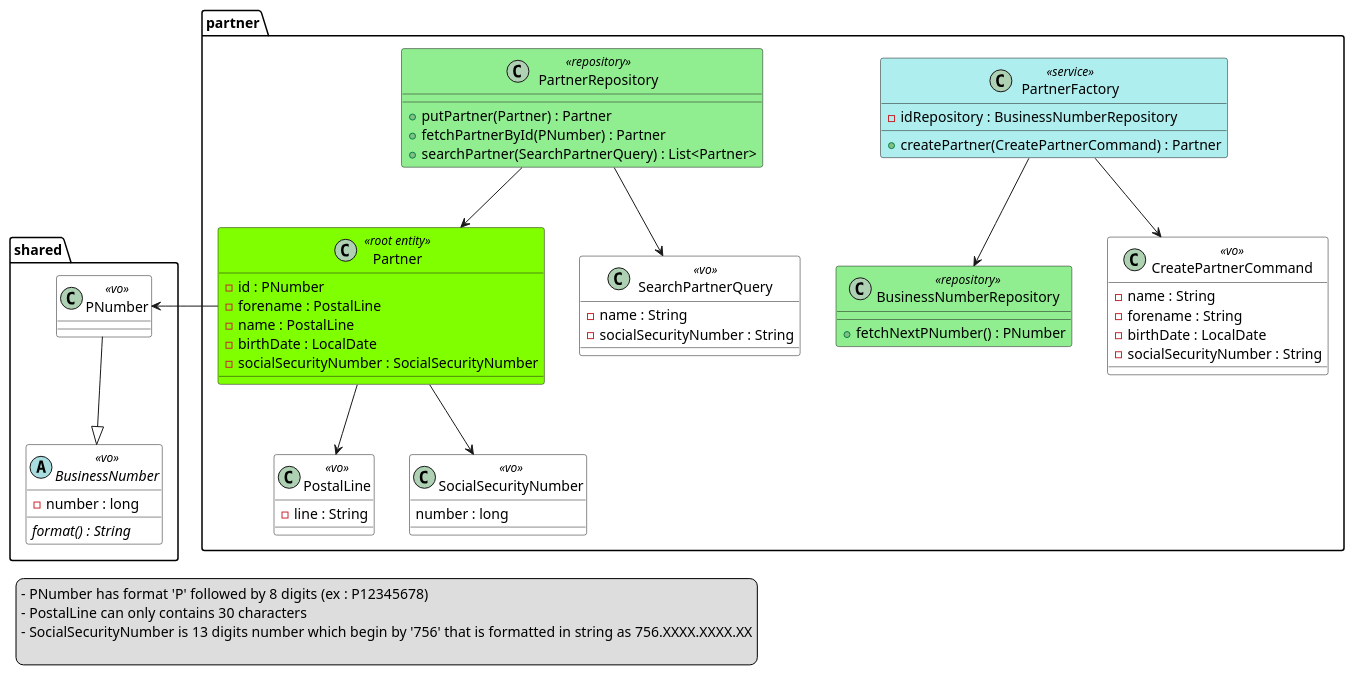
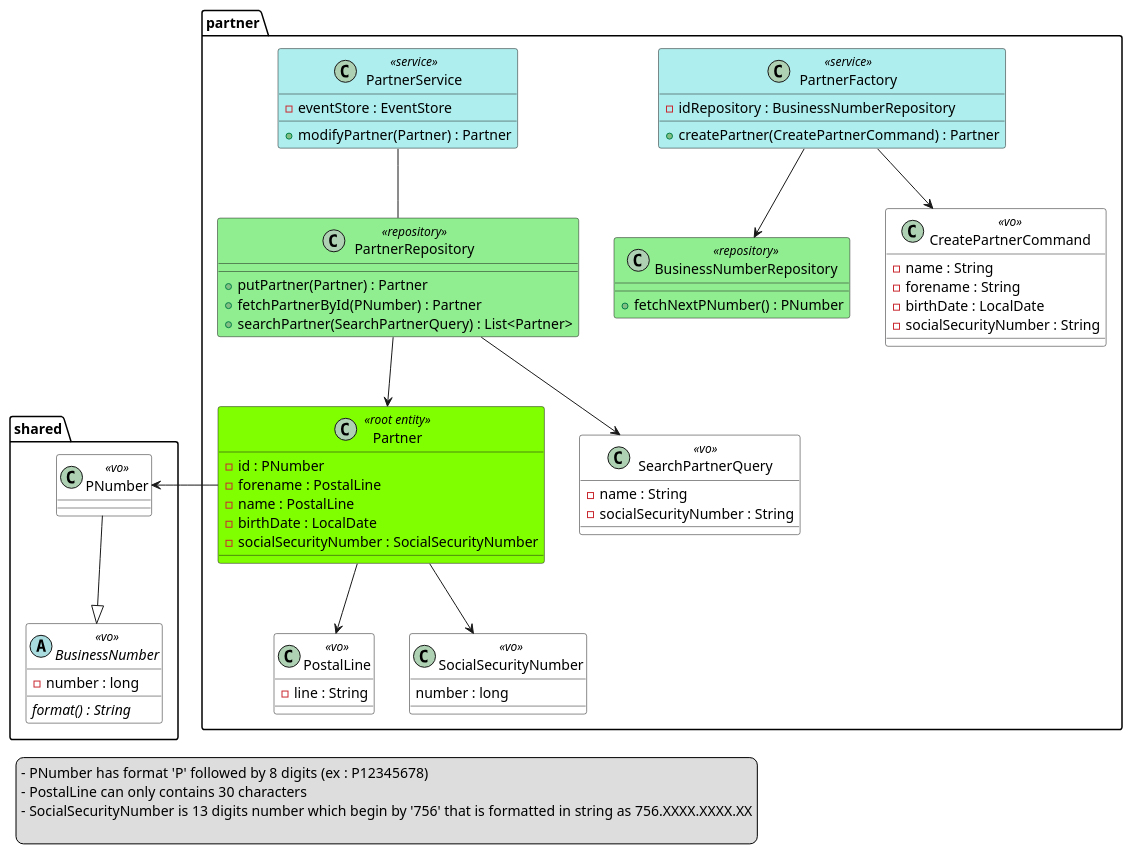
The diagram in person/person-domain/PersonDomain.puml (McKratt/microservice-sandbox), drawn with PlantUML before and after one commit. The commit also changed 29 other files, not shown here.

```diff
--- a/person/person-domain/PersonDomain.puml
+++ b/person/person-domain/PersonDomain.puml
@@ -1,79 +1,85 @@
 @startuml
 skinparam class {
     BackgroundColor<<root entity>> #chartreuse
     BackgroundColor<<entity>> #DodgerBlue
     FontColor<<entity>> #Linen
     AttributeFontColor<<entity>> #Linen
     StereotypeFontColor<<entity>> #Linen
     BackgroundColor<<vo>> #White
     BackgroundColor<<service>> #PaleTurquoise
     BackgroundColor<<repository>> #lightgreen
 }
 
 package partner {
     class PartnerFactory <<service>> {
         - idRepository : BusinessNumberRepository
         + createPartner(CreatePartnerCommand) : Partner
     }
     class BusinessNumberRepository <<repository>> {
         + fetchNextPNumber() : PNumber
+    }
+    class PartnerService <<service>> {
+        - eventStore : EventStore
+        + modifyPartner(Partner) : Partner
     }
     class PartnerRepository <<repository>> {
         + putPartner(Partner) : Partner
         + fetchPartnerById(PNumber) : Partner
         + searchPartner(SearchPartnerQuery) : List<Partner>
     }
     class CreatePartnerCommand <<vo>> {
         - name : String
         - forename : String
         - birthDate : LocalDate
         - socialSecurityNumber : String
     }
     class SearchPartnerQuery <<vo>> {
         - name : String
         - socialSecurityNumber : String
     }
     class Partner <<root entity>> {
         - id : PNumber
         - forename : PostalLine
         - name : PostalLine
         - birthDate : LocalDate
         - socialSecurityNumber : SocialSecurityNumber
     }
     class PostalLine <<vo>> {
         - line : String
     }
     class SocialSecurityNumber <<vo>> {
         number : long
     }
+    PartnerService -- PartnerRepository
+
     PartnerFactory --> BusinessNumberRepository
     PartnerFactory --> CreatePartnerCommand
 
     PartnerRepository --> Partner
     PartnerRepository --> SearchPartnerQuery
 
     Partner --> PostalLine
     Partner --> SocialSecurityNumber
 }
 
 package shared {
     class PNumber <<vo>>
 
     abstract BusinessNumber <<vo>> {
         - number : long
         {abstract} format() : String
     }
 
     PNumber --|> BusinessNumber
 }
 
 Partner -left-> PNumber
 
 legend left
 - PNumber has format 'P' followed by 8 digits (ex : P12345678)
 - PostalLine can only contains 30 characters
 - SocialSecurityNumber is 13 digits number which begin by '756' that is formatted in string as 756.XXXX.XXXX.XX
 
 end legend
 
 @enduml
```
